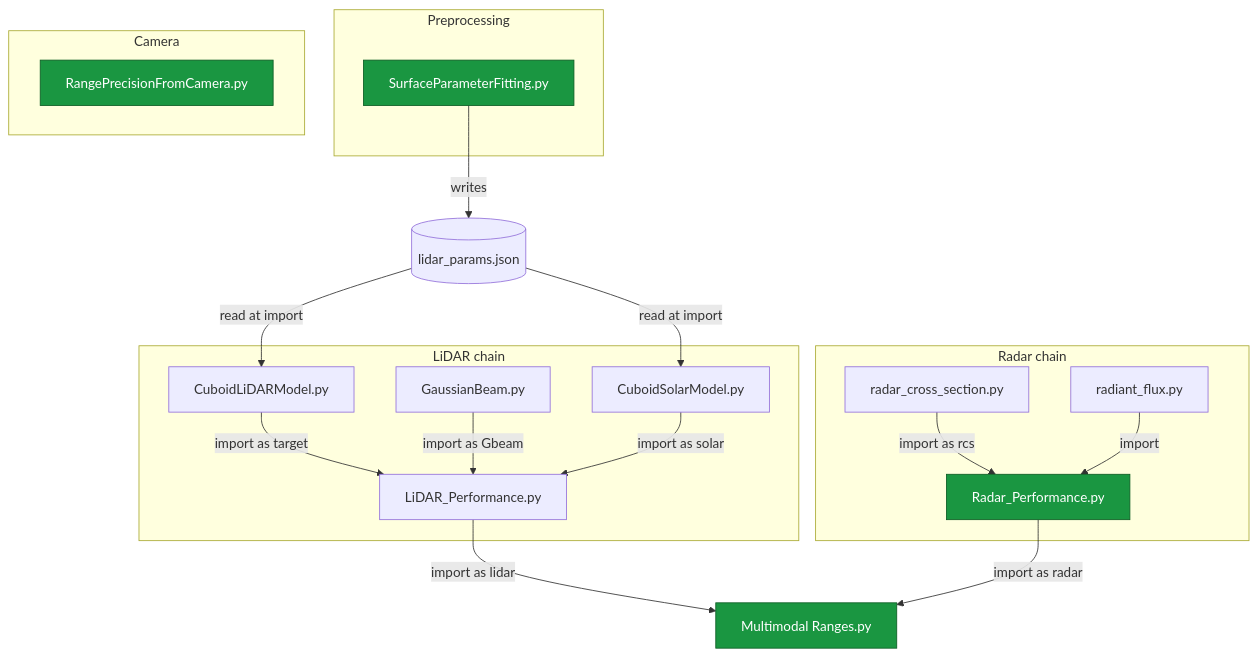
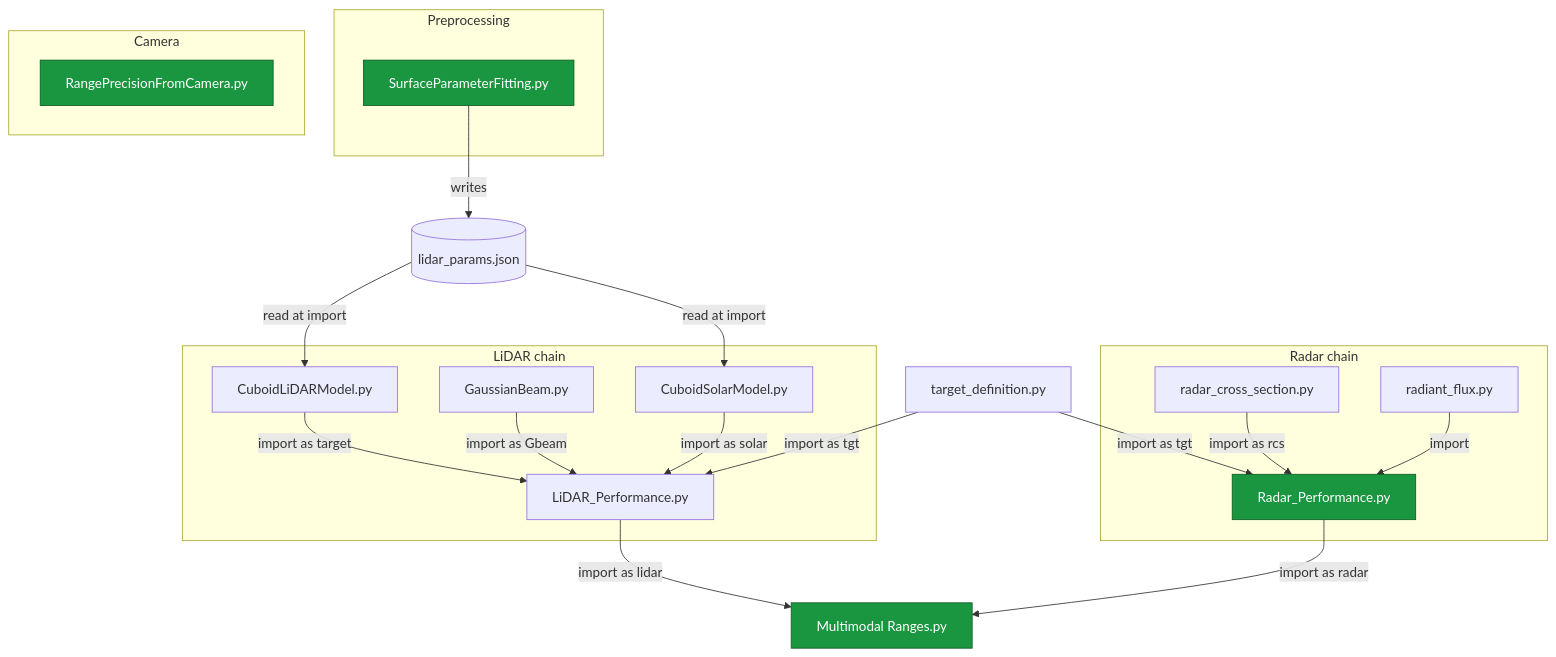
Before and after one commit to J-H-Sims/SenseAndEffect: the diagram in ARCHITECTURE.md, drawn with Mermaid. The commit also changed other lines of this file and 9 other files, not shown here.

````diff
--- a/ARCHITECTURE.md
+++ b/ARCHITECTURE.md
@@ -7,39 +7,43 @@
 ```mermaid
 flowchart TB
     subgraph prep[Preprocessing]
         SPF[SurfaceParameterFitting.py]
     end
     JSON[(lidar_params.json)]
     SPF -- writes --> JSON
 
     subgraph lidar[LiDAR chain]
         GB[GaussianBeam.py]
         CLM[CuboidLiDARModel.py]
         CSM[CuboidSolarModel.py]
         LP[LiDAR_Performance.py]
     end
     JSON -- read at import --> CLM
     JSON -- read at import --> CSM
     CLM -- import as target --> LP
     GB  -- import as Gbeam  --> LP
     CSM -- import as solar  --> LP
 
+    TGT[target_definition.py]
+    TGT -- import as tgt --> LP
+    TGT -- import as tgt --> RP
+
     subgraph radar[Radar chain]
         RCS[radar_cross_section.py]
         RF[radiant_flux.py]
         RP[Radar_Performance.py]
     end
     RCS -- import as rcs --> RP
     RF  -- import        --> RP
 
     subgraph camera[Camera]
         RPC[RangePrecisionFromCamera.py]
     end
 
     MMR[Multimodal Ranges.py]
     LP -- import as lidar --> MMR
     RP -- import as radar --> MMR
 
     classDef entry fill:#1a9641,color:#fff,stroke:#0d5d24;
     class MMR,RP,RPC,SPF entry;
 ```
````
